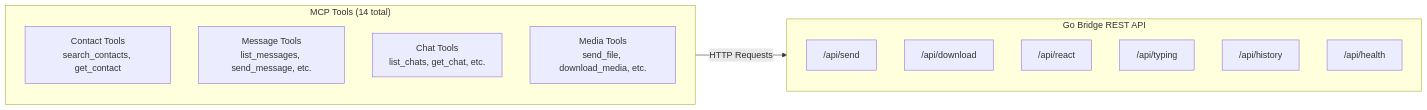
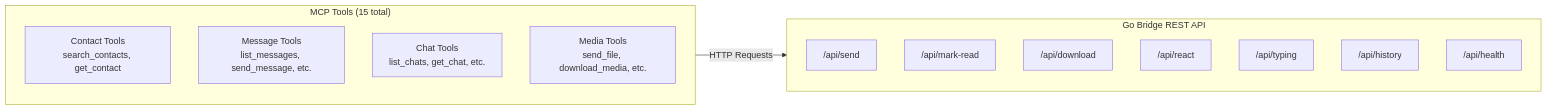
Before and after one commit to Tauri-EPO/whatsapp-mcp: the second of 4 diagrams in README.md, drawn with Mermaid. The commit also changed other lines of this file and 5 other files, not shown here.

````diff
--- a/README.md
+++ b/README.md
@@ -607,22 +626,23 @@
 ```mermaid
 flowchart LR
     subgraph GoAPI["Go Bridge REST API"]
         direction TB
         SEND["/api/send"]
+        READ["/api/mark-read"]
         DOWN["/api/download"]
         REACT["/api/react"]
         TYPE["/api/typing"]
         HIST["/api/history"]
         HEALTH["/api/health"]
     end
 
-    subgraph MCPTools["MCP Tools (14 total)"]
+    subgraph MCPTools["MCP Tools (15 total)"]
         direction TB
         CONT["Contact Tools<br/>search_contacts, get_contact"]
         MSG["Message Tools<br/>list_messages, send_message, etc."]
         CHAT["Chat Tools<br/>list_chats, get_chat, etc."]
         MEDIA["Media Tools<br/>send_file, download_media, etc."]
     end
 
     MCPTools -->|HTTP Requests| GoAPI
 ```
````
